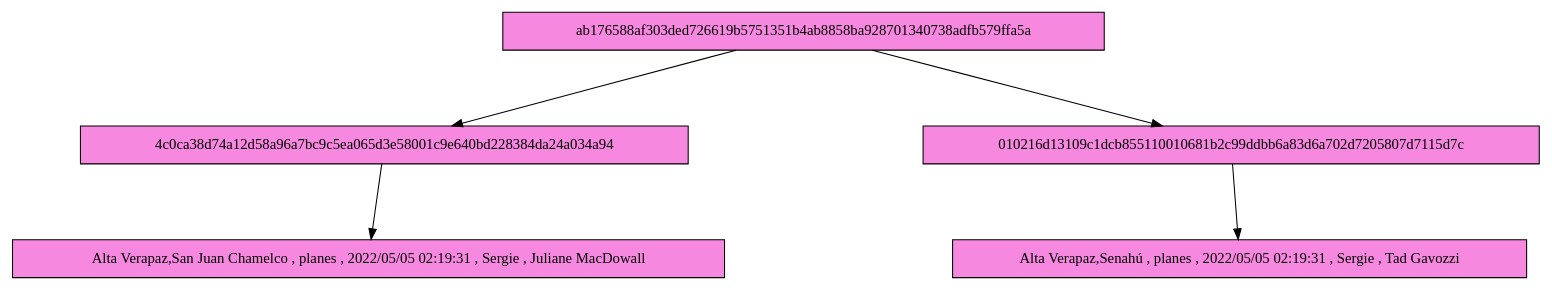
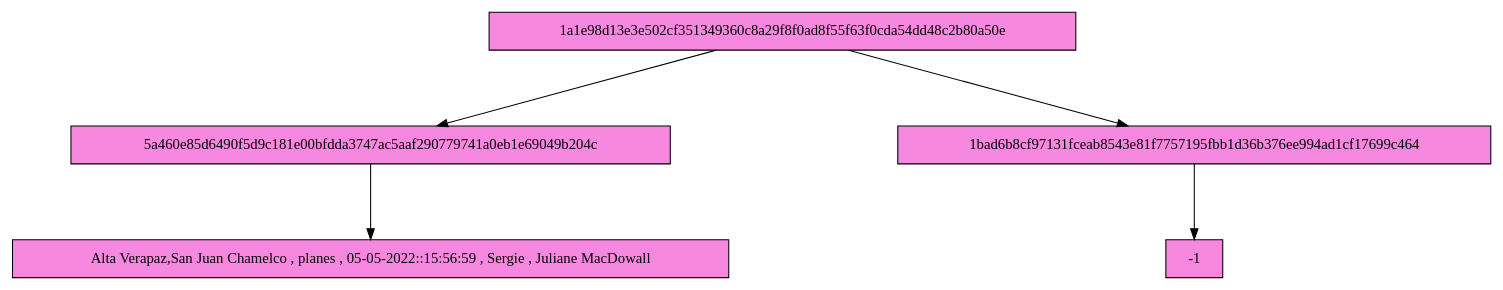
One commit to Serch-ING/EDD_UDRAWING_202000119 changed the diagram in FASE 3/Grafico/Merkle_0.dot. Above: the diagram before and after it, drawn with Graphviz. The commit also changed 10 other files, not shown here.

```diff
--- a/FASE 3/Grafico/Merkle_0.dot
+++ b/FASE 3/Grafico/Merkle_0.dot
@@ -1,16 +1,16 @@
 digraph G {
 nodesep=3; 
 ranksep=1;
 node[shape=box style = filled fillcolor="#F788DF"];
-	NodoABB692650006[ label="ab176588af303ded726619b5751351b4ab8858ba928701340738adfb579ffa5a"  ];
-	NodoABB1223469369[ label="4c0ca38d74a12d58a96a7bc9c5ea065d3e58001c9e640bd228384da24a034a94"];
-NodoABB692650006->NodoABB1223469369
-	NodoABB1223469369[ label="4c0ca38d74a12d58a96a7bc9c5ea065d3e58001c9e640bd228384da24a034a94"  ];
-	NodoABB12234693694c0ca38d74a12d58a96a7bc9c5ea065d3e58001c9e640bd228384da24a034a94[ label="Alta Verapaz,San Juan Chamelco , planes , 2022/05/05 02:19:31 , Sergie , Juliane MacDowall"  ];
-NodoABB1223469369->NodoABB12234693694c0ca38d74a12d58a96a7bc9c5ea065d3e58001c9e640bd228384da24a034a94
-	NodoABB1888152316[ label="010216d13109c1dcb855110010681b2c99ddbb6a83d6a702d7205807d7115d7c" ];
-NodoABB692650006->NodoABB1888152316
-	NodoABB1888152316[ label="010216d13109c1dcb855110010681b2c99ddbb6a83d6a702d7205807d7115d7c"  ];
-	NodoABB1888152316010216d13109c1dcb855110010681b2c99ddbb6a83d6a702d7205807d7115d7c[ label="Alta Verapaz,Senahú , planes , 2022/05/05 02:19:31 , Sergie , Tad Gavozzi"  ];
-NodoABB1888152316->NodoABB1888152316010216d13109c1dcb855110010681b2c99ddbb6a83d6a702d7205807d7115d7c
+	NodoABB1478343740[ label="1a1e98d13e3e502cf351349360c8a29f8f0ad8f55f63f0cda54dd48c2b80a50e"  ];
+	NodoABB1651781739[ label="5a460e85d6490f5d9c181e00bfdda3747ac5aaf290779741a0eb1e69049b204c"];
+NodoABB1478343740->NodoABB1651781739
+	NodoABB1651781739[ label="5a460e85d6490f5d9c181e00bfdda3747ac5aaf290779741a0eb1e69049b204c"  ];
+	NodoABB16517817395a460e85d6490f5d9c181e00bfdda3747ac5aaf290779741a0eb1e69049b204c[ label="Alta Verapaz,San Juan Chamelco , planes , 05-05-2022::15:56:59 , Sergie , Juliane MacDowall"  ];
+NodoABB1651781739->NodoABB16517817395a460e85d6490f5d9c181e00bfdda3747ac5aaf290779741a0eb1e69049b204c
+	NodoABB1711094236[ label="1bad6b8cf97131fceab8543e81f7757195fbb1d36b376ee994ad1cf17699c464" ];
+NodoABB1478343740->NodoABB1711094236
+	NodoABB1711094236[ label="1bad6b8cf97131fceab8543e81f7757195fbb1d36b376ee994ad1cf17699c464"  ];
+	NodoABB17110942361bad6b8cf97131fceab8543e81f7757195fbb1d36b376ee994ad1cf17699c464[ label="-1"  ];
+NodoABB1711094236->NodoABB17110942361bad6b8cf97131fceab8543e81f7757195fbb1d36b376ee994ad1cf17699c464
 }
```
